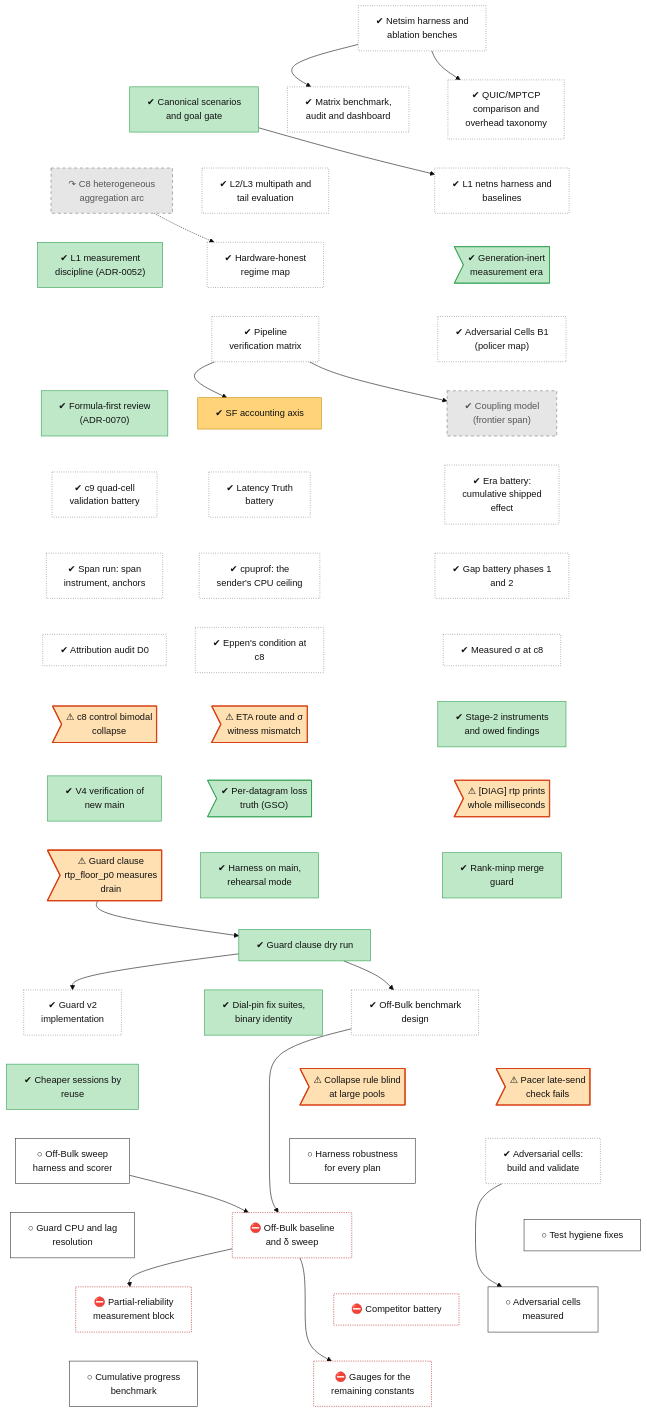
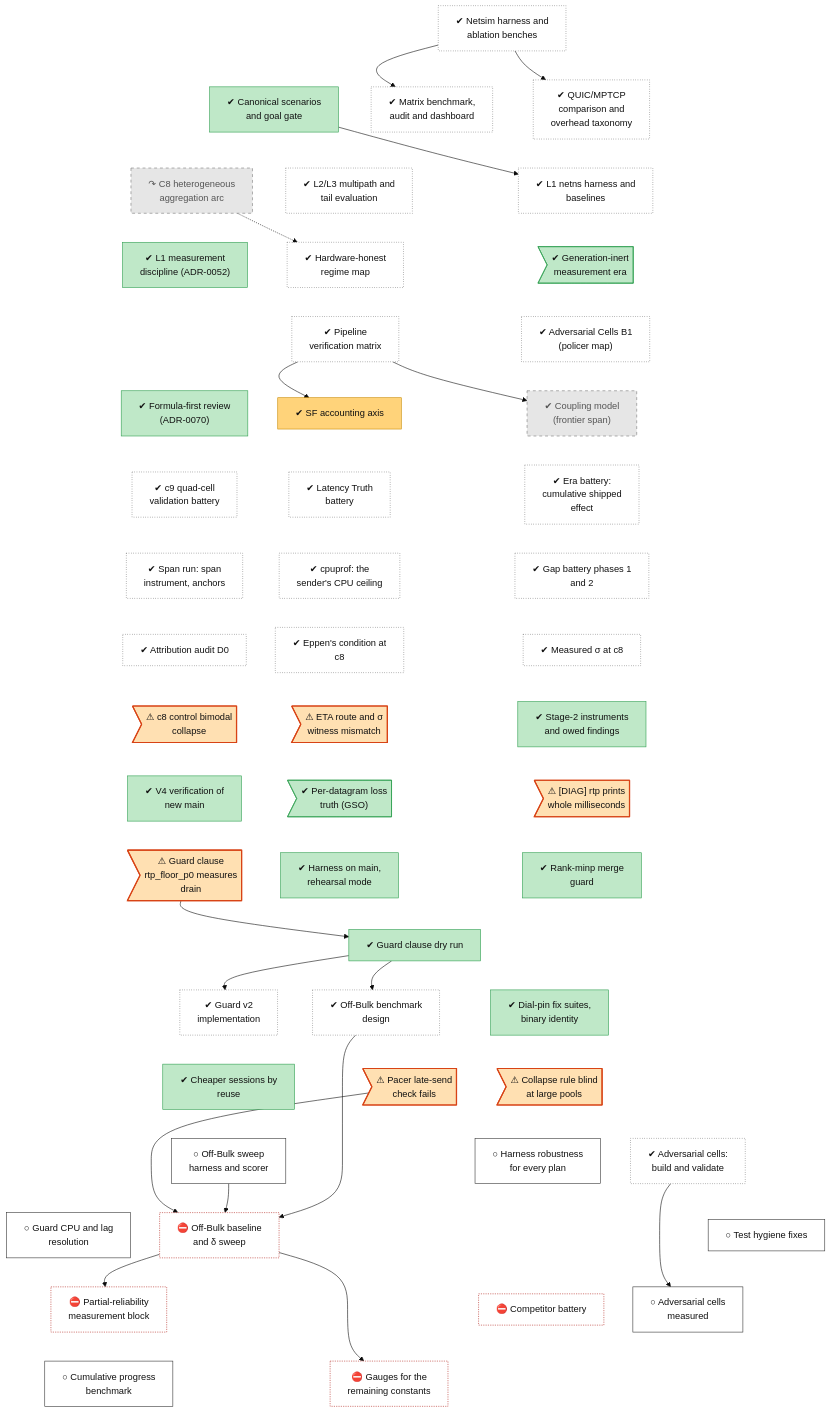
The diagram in docs/roadmap/tracks/meas.md (lhns/raptorpath), drawn with Mermaid (base theme) before and after one commit. The commit also changed other lines of this file and 5 other files, not shown here.

First line of the commit message:
roadmap: completeness fixes - central claims back on the overview, jitter-free sweep hangs off the slow-link re-run, knee re-derivation closed and replaced by the sampler design, the pacer finding gates the off-Bulk session, owner calls 11-15 as nodes, the delay-lean read done

```diff
--- a/docs/roadmap/tracks/meas.md
+++ b/docs/roadmap/tracks/meas.md
@@ -125,6 +125,7 @@
     meas_guard_clause_dry --> meas_s51_design
     meas_s51_design --> meas_s51_session
     meas_s51_harness --> meas_s51_session
+    meas_blocke_pacing_gate --> meas_s51_session
     meas_s51_session --> meas_s51b_rho
     meas_adversarial_cells_build --> meas_adversarial_cells_run
     meas_s51_session --> meas_fix_gauges_p3
```
